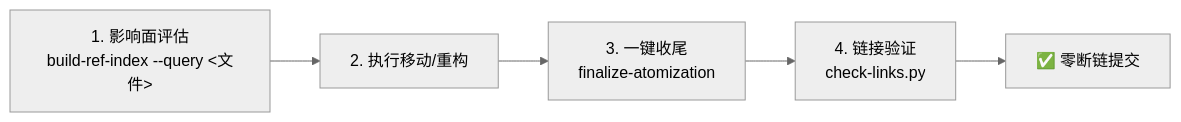
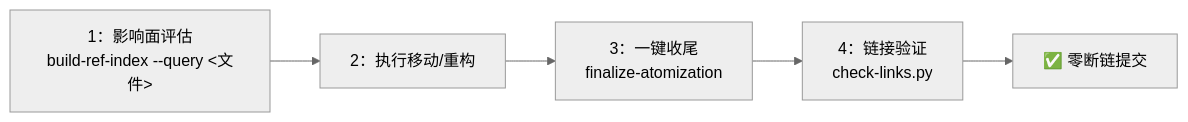
Before and after one commit to xinetzone/SpecWeave: the third of 3 diagrams in docs/development-standards.md, drawn with Mermaid (neutral theme). The commit also changed 2 other files, not shown here.

Commit message:
fix(mermaid): 修复节点文本触发 Markdown list 解析导致渲染错误
问题：Mermaid 节点文本以"数字+英文句点+空格"开头（如"1. 步骤"），
会被内置 Markdown 解析器识别为有序列表，但 Mermaid 节点标签不支持
渲染 Markdown 列表，导致显示"Unsupported markdown: list"。

修复内容：
1. vendor-flexloop-integration-guide.md
   - 萃取6步法流程图：数字编号改为带圈数字
   - 上游PR流程图：数字编号改为带圈数字
2. development-standards.md
   - 文档移动工作流流程图：英文句点改为中文冒号
   - 遵循项目自身 Mermaid 安全编码规范

带圈数字和中文冒号均不会触发 Markdown 列表解析。
新文档本地链接验证全部通过。

````diff
--- a/docs/development-standards.md
+++ b/docs/development-standards.md
@@ -248,7 +248,7 @@
 ```mermaid
 flowchart LR
-    A["1. 影响面评估<br/>build-ref-index --query <文件>"] --> B["2. 执行移动/重构"]
-    B --> C["3. 一键收尾<br/>finalize-atomization"]
-    C --> D["4. 链接验证<br/>check-links.py"]
+    A["1：影响面评估<br/>build-ref-index --query <文件>"] --> B["2：执行移动/重构"]
+    B --> C["3：一键收尾<br/>finalize-atomization"]
+    C --> D["4：链接验证<br/>check-links.py"]
     D --> E["✅ 零断链提交"]
 ```
````
